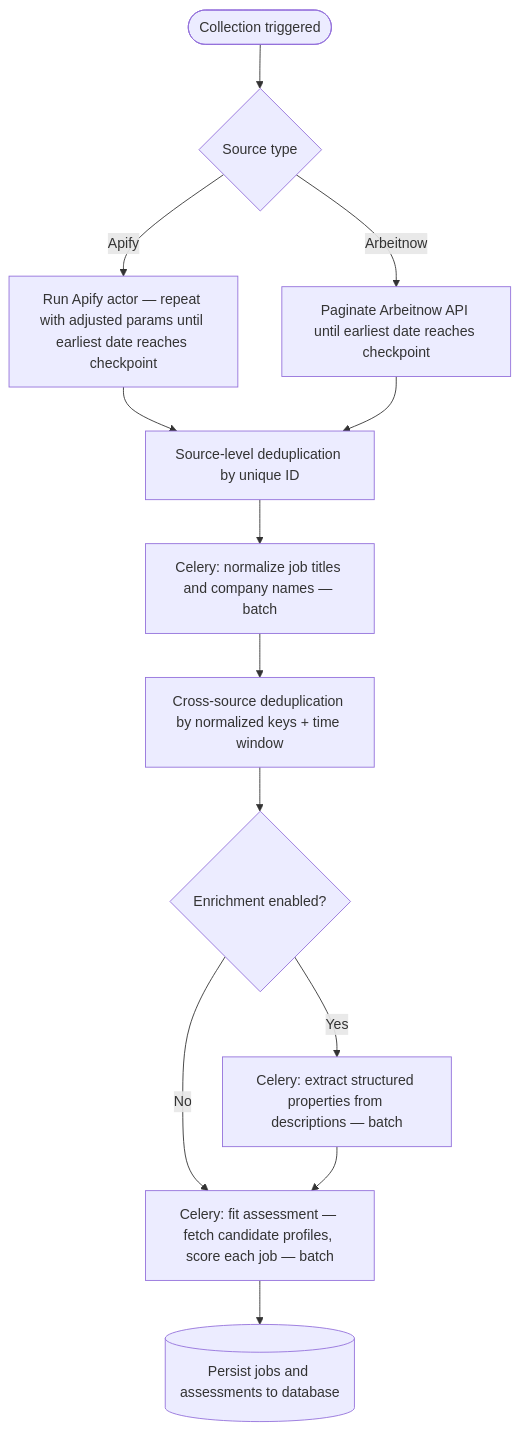
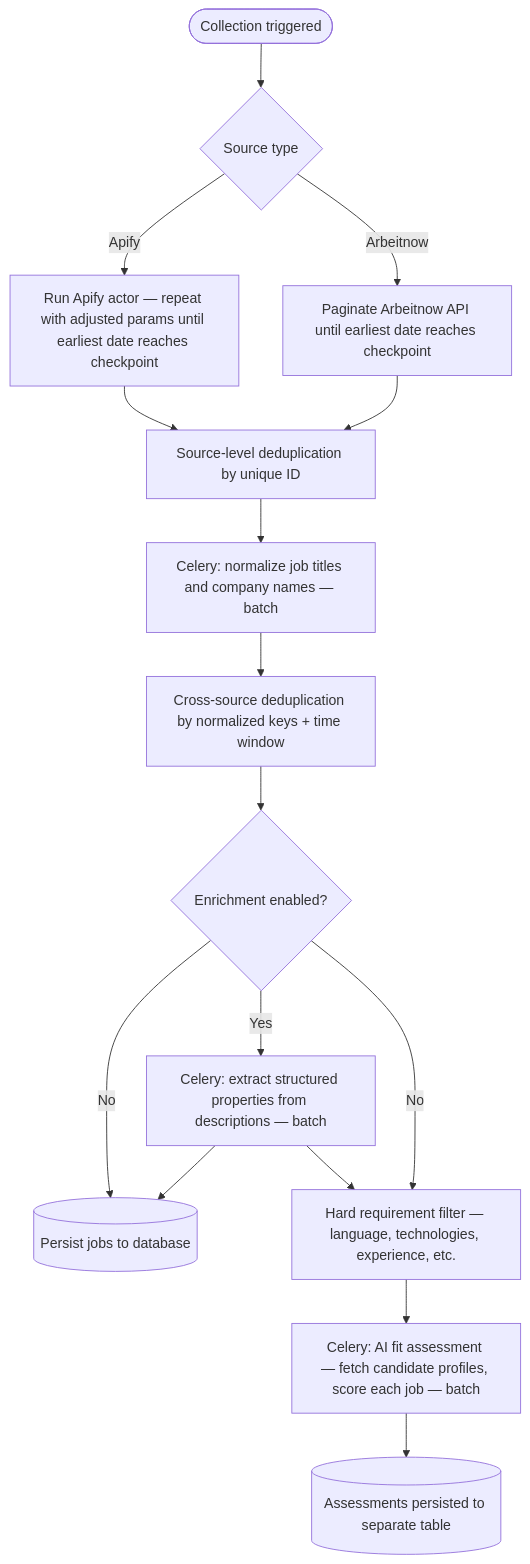
The second of 2 diagrams in README.md (CShadiev/job-aggregator), drawn with Mermaid before and after one commit. The commit also changed other lines of this file, not shown here.

Commit message:
update architecture design

````diff
--- a/README.md
+++ b/README.md
@@ -112,19 +117,23 @@
 ```mermaid
 flowchart TD
     A([Collection triggered]) --> B{Source type}
 
     B -->|Apify| C["Run Apify actor — repeat with adjusted params until earliest date reaches checkpoint"]
     B -->|Arbeitnow| D["Paginate Arbeitnow API until earliest date reaches checkpoint"]
 
     C --> E[Source-level deduplication by unique ID]
     D --> E
 
     E --> F[Celery: normalize job titles and company names — batch]
     F --> G[Cross-source deduplication by normalized keys + time window]
     G --> H{Enrichment enabled?}
     H -->|Yes| I[Celery: extract structured properties from descriptions — batch]
-    H -->|No| K
+    H -->|No| J
 
-    I --> K[Celery: fit assessment — fetch candidate profiles, score each job — batch]
-    K --> J[(Persist jobs and assessments to database)]
+    I --> J[(Persist jobs to database)]
+    I --> L[Hard requirement filter — language, technologies, experience, etc.]
+    H -->|No| L
+
+    L --> M[Celery: AI fit assessment — fetch candidate profiles, score each job — batch]
+    M --> N[(Assessments persisted to separate table)]
 ```
````
